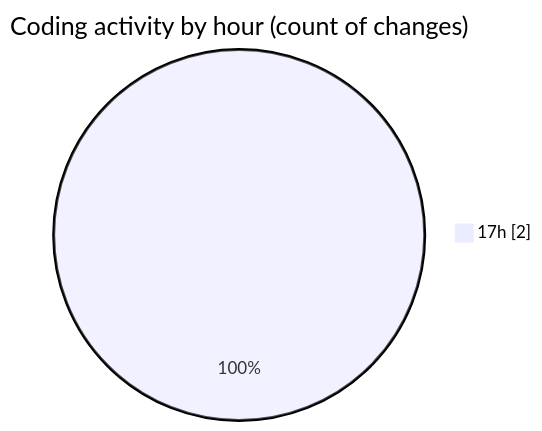
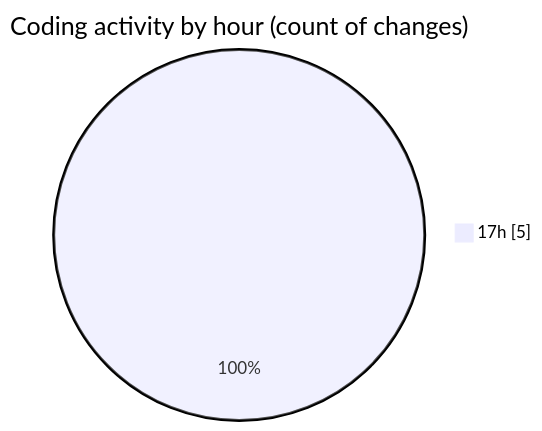
One commit to NitaiMahat/code-tracking changed the second of 2 diagrams in 2025-02-20/coding_prac_6/README.md. Above: the diagram before and after it, drawn with Mermaid. The commit also changed other lines of this file and 1 other file, not shown here.

````diff
--- a/2025-02-20/coding_prac_6/README.md
+++ b/2025-02-20/coding_prac_6/README.md
@@ -28,5 +29,5 @@
 ```mermaid
 pie showData
 title Coding activity by hour (count of changes)
-"17h" : 2
+"17h" : 5
 ```
````
